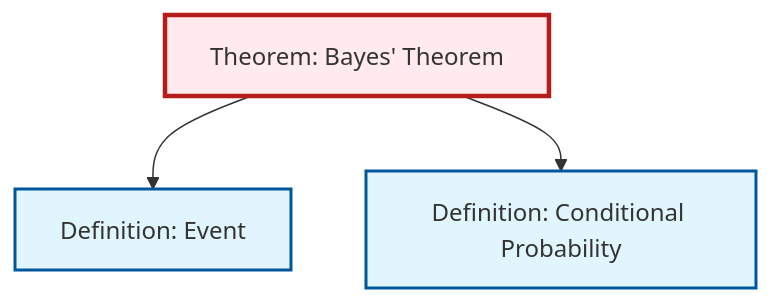
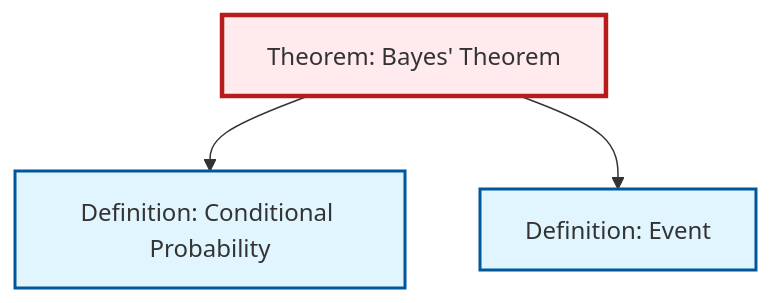
The diagram in content/ja/probability-statistics/thm-bayes.qmd (RK0429/ModernMath), drawn with Mermaid before and after one commit. The commit also changed other lines of this file and 554 other files, not shown here.

````diff
--- a/content/ja/probability-statistics/thm-bayes.qmd
+++ b/content/ja/probability-statistics/thm-bayes.qmd
@@ -89,17 +89,17 @@
 ```{mermaid}
 %%| fig-cap: "Local dependency graph"
 graph TD
     classDef definition fill:#e1f5fe,stroke:#01579b,stroke-width:2px
     classDef theorem fill:#f3e5f5,stroke:#4a148c,stroke-width:2px
     classDef axiom fill:#fff3e0,stroke:#e65100,stroke-width:2px
     classDef example fill:#e8f5e9,stroke:#1b5e20,stroke-width:2px
     classDef current fill:#ffebee,stroke:#b71c1c,stroke-width:3px
+    def-event["Definition: Event"]:::definition
     thm-bayes["Theorem: Bayes' Theorem"]:::theorem
     def-conditional-probability["Definition: Conditional Probability"]:::definition
-    def-event["Definition: Event"]:::definition
+    thm-bayes --> def-conditional-probability
     thm-bayes --> def-event
-    thm-bayes --> def-conditional-probability
     class thm-bayes current
+    click def-event "def-event.html" "Definition: Eventへ"
     click def-conditional-probability "def-conditional-probability.html" "Definition: Conditional Probabilityへ"
-    click def-event "def-event.html" "Definition: Eventへ"
 ```
````
